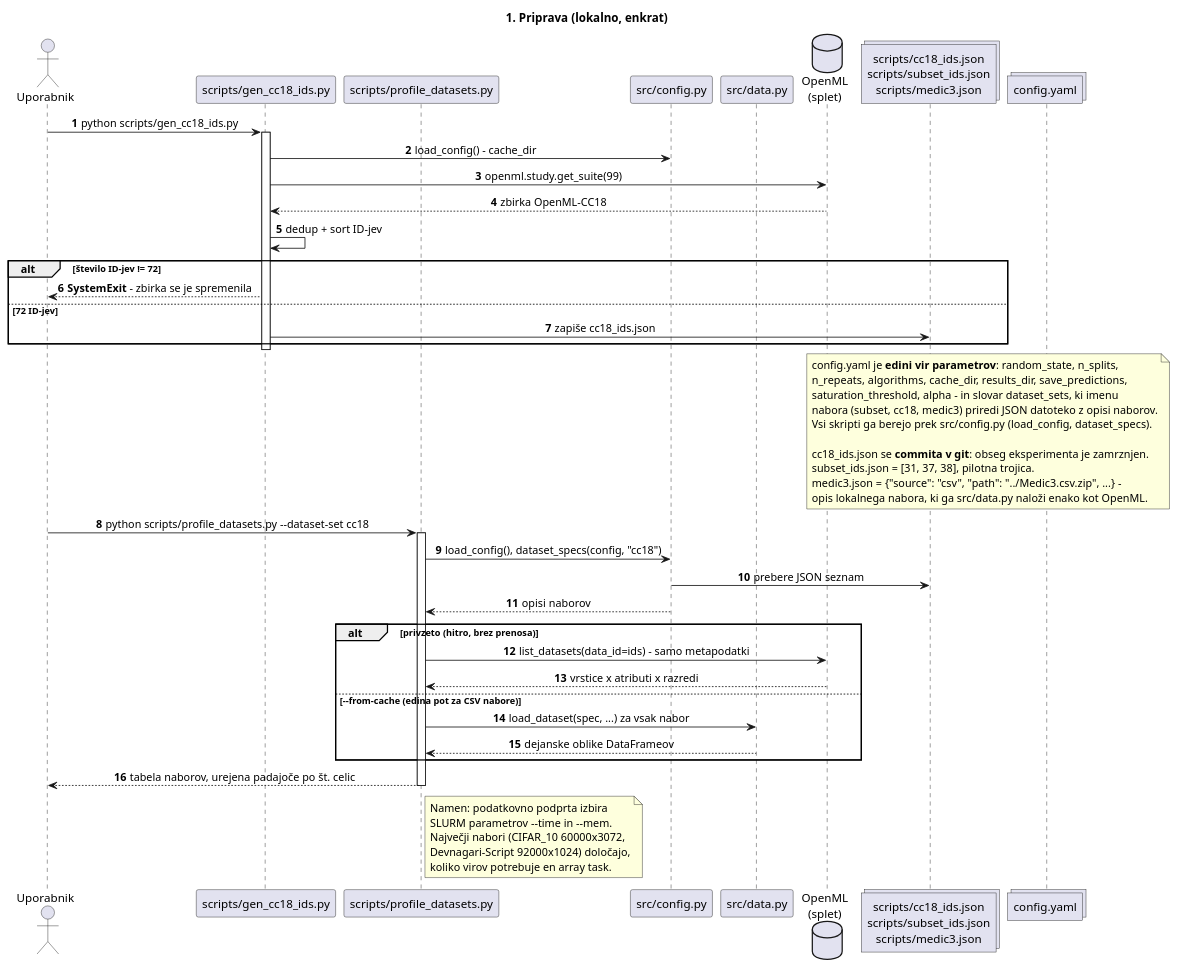
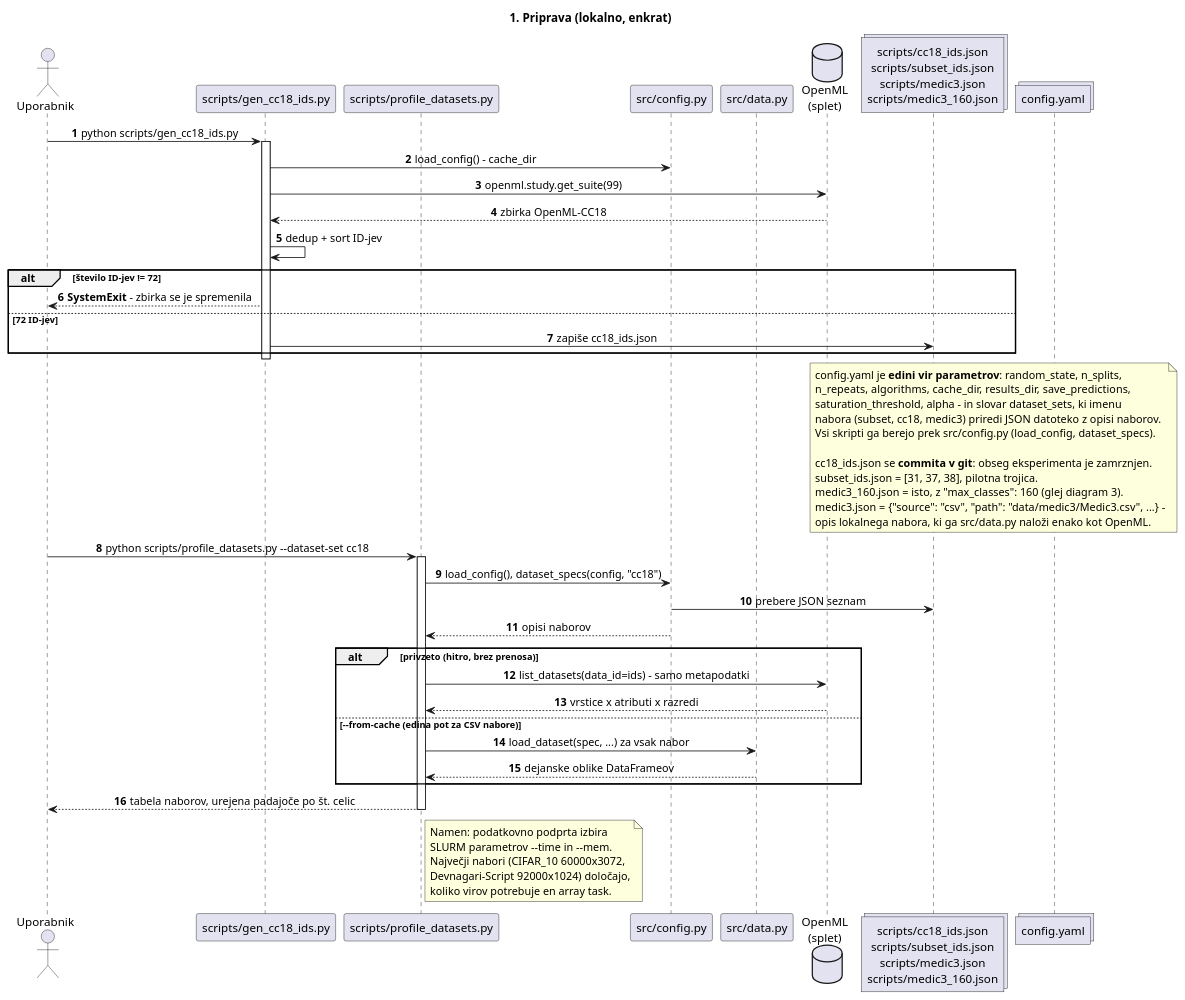
The first of 4 diagrams in razlaga_repozitorija/zaporedje.puml (TilenZrnec/Diplomsko-delo_Koda), drawn with PlantUML before and after one commit. The commit also changed other lines of this file and 24 other files, not shown here.

```diff
--- a/razlaga_repozitorija/zaporedje.puml
+++ b/razlaga_repozitorija/zaporedje.puml
@@ -23,65 +23,66 @@
 @startuml 01_priprava
 title 1. Priprava (lokalno, enkrat)
 
 skinparam sequenceMessageAlign center
 autonumber
 
 actor "Uporabnik" as U
 participant "scripts/gen_cc18_ids.py" as GEN
 participant "scripts/profile_datasets.py" as PROF
 participant "src/config.py" as CFGPY
 participant "src/data.py" as DATA
 database "OpenML\n(splet)" as OML
-collections "scripts/cc18_ids.json\nscripts/subset_ids.json\nscripts/medic3.json" as IDS
+collections "scripts/cc18_ids.json\nscripts/subset_ids.json\nscripts/medic3.json\nscripts/medic3_160.json" as IDS
 collections "config.yaml" as CFG
 
 U -> GEN : python scripts/gen_cc18_ids.py
 activate GEN
 GEN -> CFGPY : load_config() - cache_dir
 GEN -> OML : openml.study.get_suite(99)
 OML --> GEN : zbirka OpenML-CC18
 GEN -> GEN : dedup + sort ID-jev
 alt število ID-jev != 72
     GEN --> U : **SystemExit** - zbirka se je spremenila
 else 72 ID-jev
     GEN -> IDS : zapiše cc18_ids.json
 end
 deactivate GEN
 
 note over IDS, CFG
   config.yaml je **edini vir parametrov**: random_state, n_splits,
   n_repeats, algorithms, cache_dir, results_dir, save_predictions,
   saturation_threshold, alpha - in slovar dataset_sets, ki imenu
   nabora (subset, cc18, medic3) priredi JSON datoteko z opisi naborov.
   Vsi skripti ga berejo prek src/config.py (load_config, dataset_specs).
 
   cc18_ids.json se **commita v git**: obseg eksperimenta je zamrznjen.
   subset_ids.json = [31, 37, 38], pilotna trojica.
-  medic3.json = {"source": "csv", "path": "../Medic3.csv.zip", ...} -
+  medic3_160.json = isto, z "max_classes": 160 (glej diagram 3).
+  medic3.json = {"source": "csv", "path": "data/medic3/Medic3.csv", ...} -
   opis lokalnega nabora, ki ga src/data.py naloži enako kot OpenML.
 end note
 
 U -> PROF : python scripts/profile_datasets.py ~--dataset-set cc18
 activate PROF
 PROF -> CFGPY : load_config(), dataset_specs(config, "cc18")
 CFGPY -> IDS : prebere JSON seznam
 CFGPY --> PROF : opisi naborov
 alt privzeto (hitro, brez prenosa)
     PROF -> OML : list_datasets(data_id=ids) - samo metapodatki
     OML --> PROF : vrstice x atributi x razredi
 else ~--from-cache (edina pot za CSV nabore)
     PROF -> DATA : load_dataset(spec, ...) za vsak nabor
     DATA --> PROF : dejanske oblike DataFrameov
 end
 PROF --> U : tabela naborov, urejena padajoče po št. celic
 deactivate PROF
 
 note right of PROF
   Namen: podatkovno podprta izbira
   SLURM parametrov ~--time in ~--mem.
   Največji nabori (CIFAR_10 60000x3072,
   Devnagari-Script 92000x1024) določajo,
   koliko virov potrebuje en array task.
 end note
 
 @enduml
```
